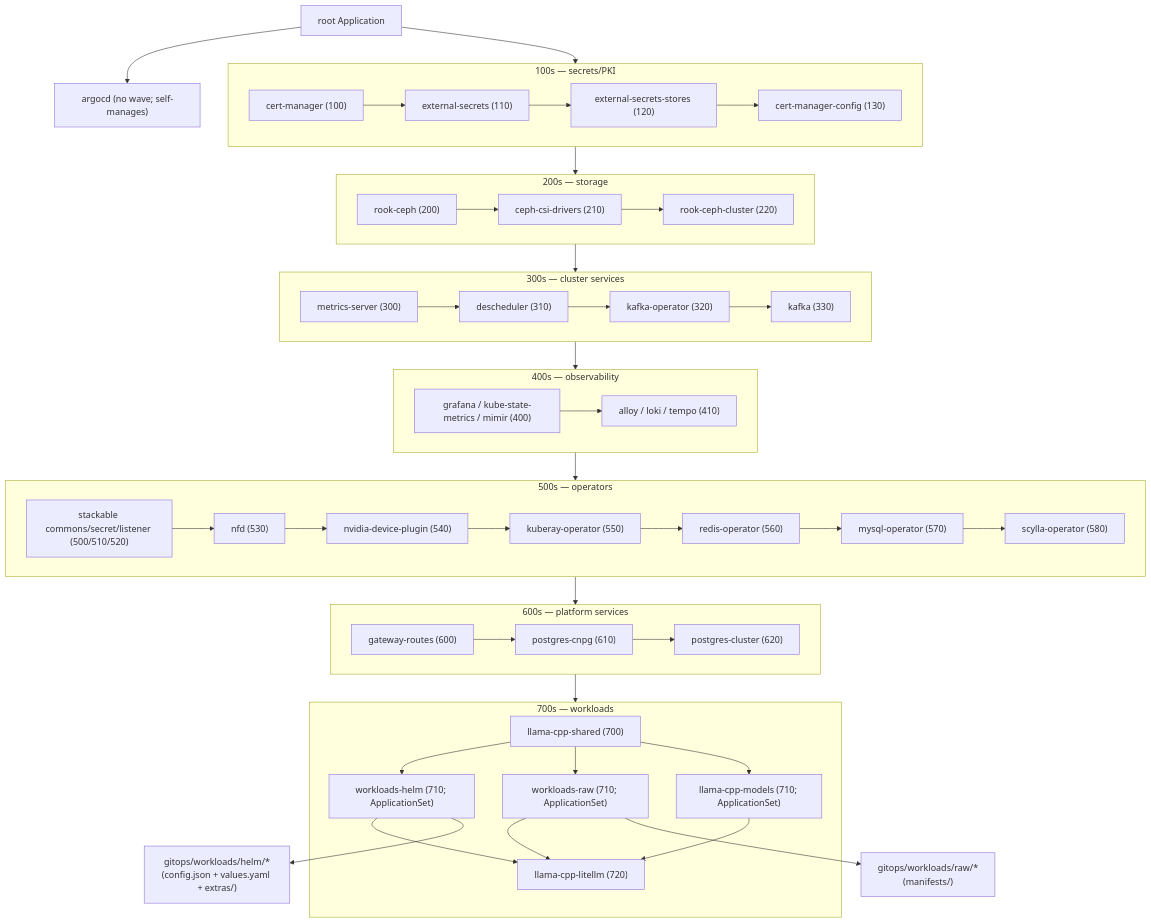
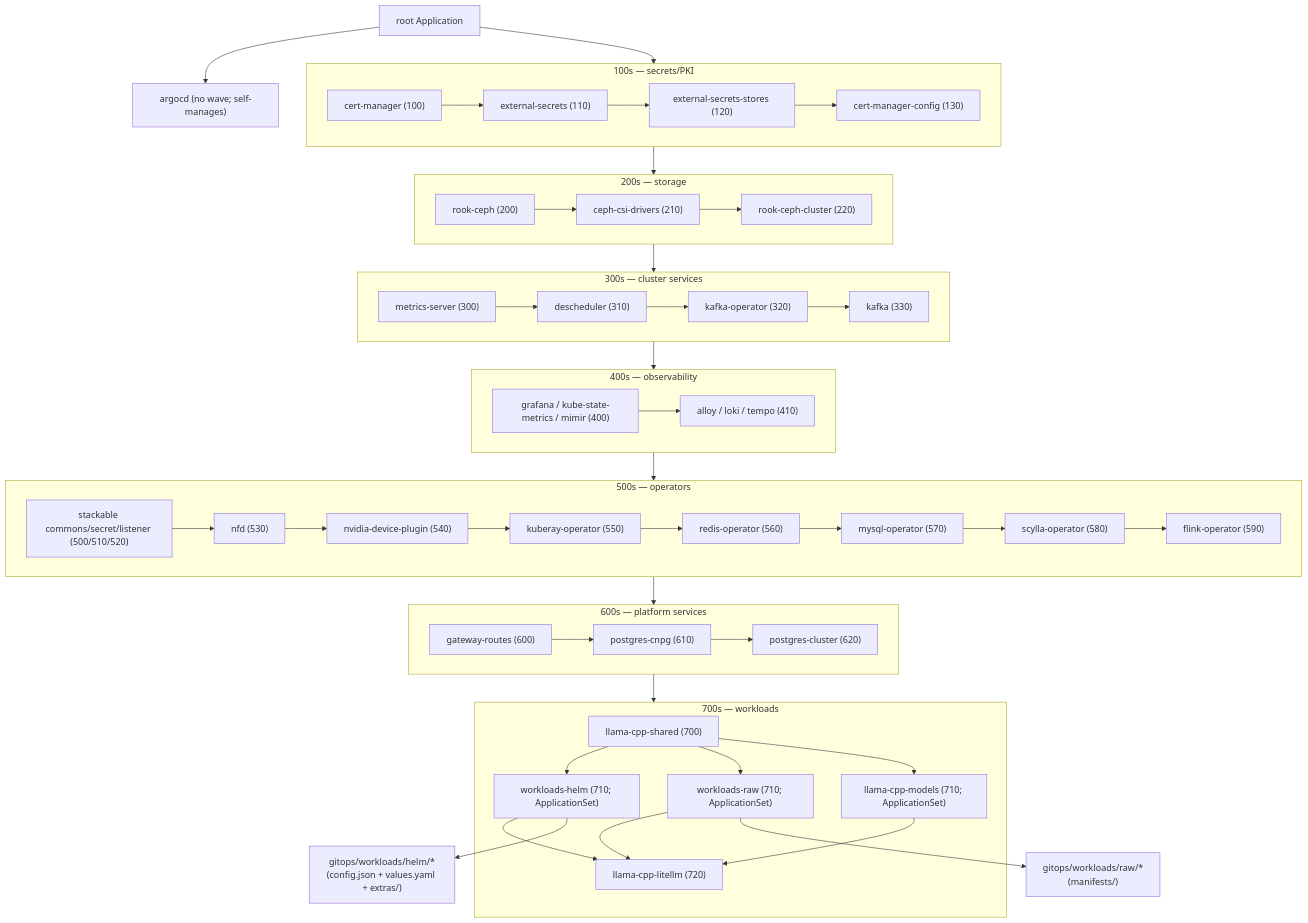
Before and after one commit to hangxie/homelab: the diagram in README.md, drawn with Mermaid. The commit also changed 6 other files, not shown here.

First line of the commit message:
Add the Flink Kubernetes Operator

````diff
--- a/README.md
+++ b/README.md
@@ -32,61 +32,62 @@
 ```mermaid
 flowchart TD
     root["root Application"]
     argocd["argocd (no wave; self-manages)"]
     root --> argocd
     root --> secrets
 
     subgraph secrets["100s — secrets/PKI"]
         cert-manager["cert-manager (100)"] --> external-secrets["external-secrets (110)"]
         external-secrets --> stores["external-secrets-stores (120)"]
         stores --> cm-config["cert-manager-config (130)"]
     end
 
     subgraph storage["200s — storage"]
         rook-ceph["rook-ceph (200)"] --> csi["ceph-csi-drivers (210)"]
         csi --> ceph-cluster["rook-ceph-cluster (220)"]
     end
 
     subgraph cluster-svcs["300s — cluster services"]
         metrics-server["metrics-server (300)"] --> descheduler["descheduler (310)"]
         descheduler --> kafka-operator["kafka-operator (320)"]
         kafka-operator --> kafka["kafka (330)"]
     end
 
     subgraph observability["400s — observability"]
         metrics["grafana / kube-state-metrics / mimir (400)"] --> telemetry["alloy / loki / tempo (410)"]
     end
 
     subgraph operators["500s — operators"]
         stackable["stackable commons/secret/listener (500/510/520)"] --> nfd["nfd (530)"]
         nfd --> nvidia["nvidia-device-plugin (540)"]
         nvidia --> kuberay["kuberay-operator (550)"]
         kuberay --> redis-op["redis-operator (560)"]
         redis-op --> mysql-op["mysql-operator (570)"]
         mysql-op --> scylla-op["scylla-operator (580)"]
+        scylla-op --> flink-op["flink-operator (590)"]
     end
 
     subgraph platform-svcs["600s — platform services"]
         gateway-routes["gateway-routes (600)"] --> cnpg["postgres-cnpg (610)"]
         cnpg --> pg-cluster["postgres-cluster (620)"]
     end
 
     subgraph workloads["700s — workloads"]
         llama-shared["llama-cpp-shared (700)"]
         wl-helm["workloads-helm (710; ApplicationSet)"]
         wl-raw["workloads-raw (710; ApplicationSet)"]
         llama-models["llama-cpp-models (710; ApplicationSet)"]
         litellm["llama-cpp-litellm (720)"]
         llama-shared --> wl-helm
         llama-shared --> wl-raw
         llama-shared --> llama-models
         wl-helm --> litellm
         wl-raw --> litellm
         llama-models --> litellm
     end
 
     secrets --> storage --> cluster-svcs --> observability --> operators --> platform-svcs --> workloads
 
     wl-helm --> helm-apps["gitops/workloads/helm/*<br>(config.json + values.yaml + extras/)"]
     wl-raw --> raw-apps["gitops/workloads/raw/*<br>(manifests/)"]
 ```
````
